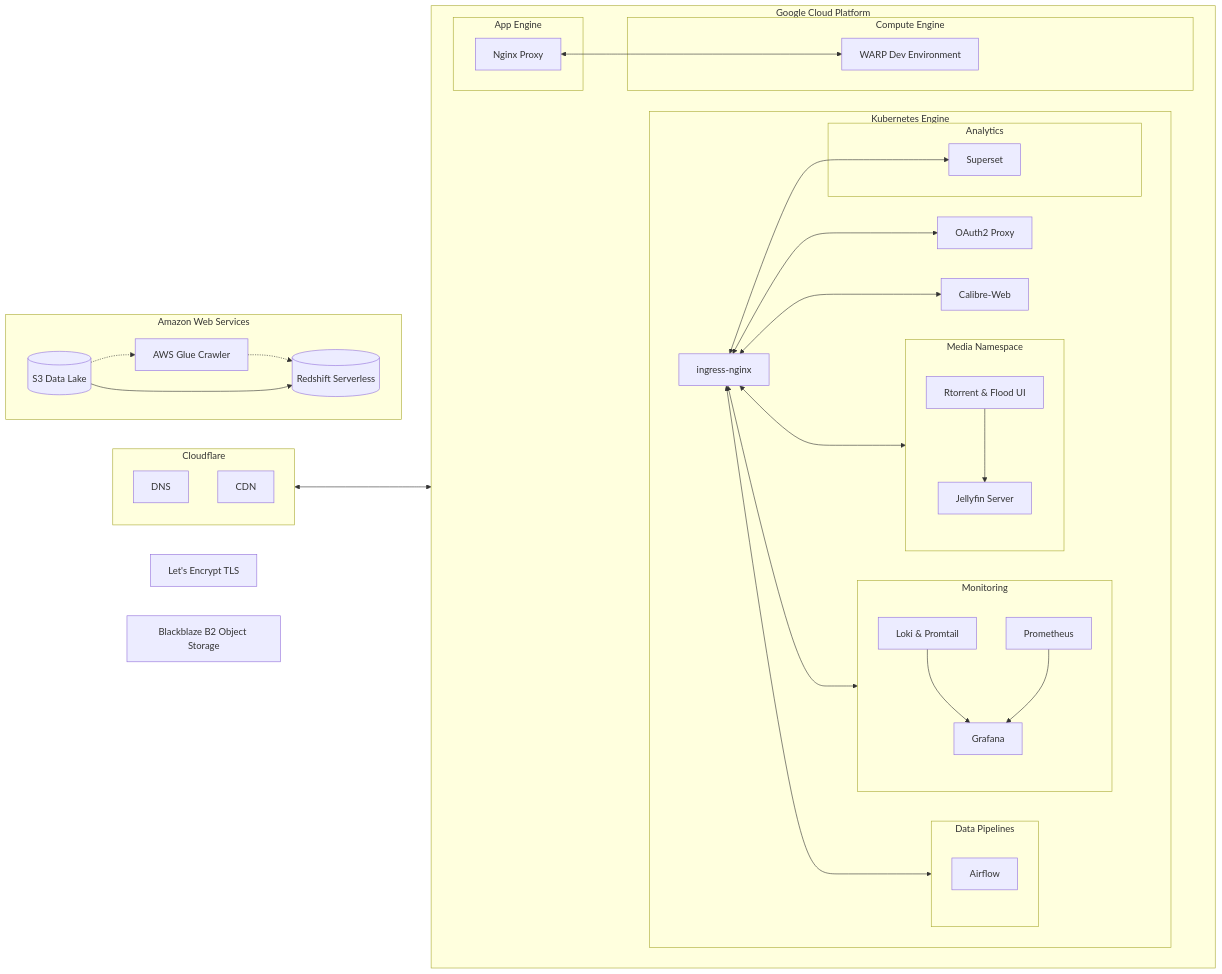
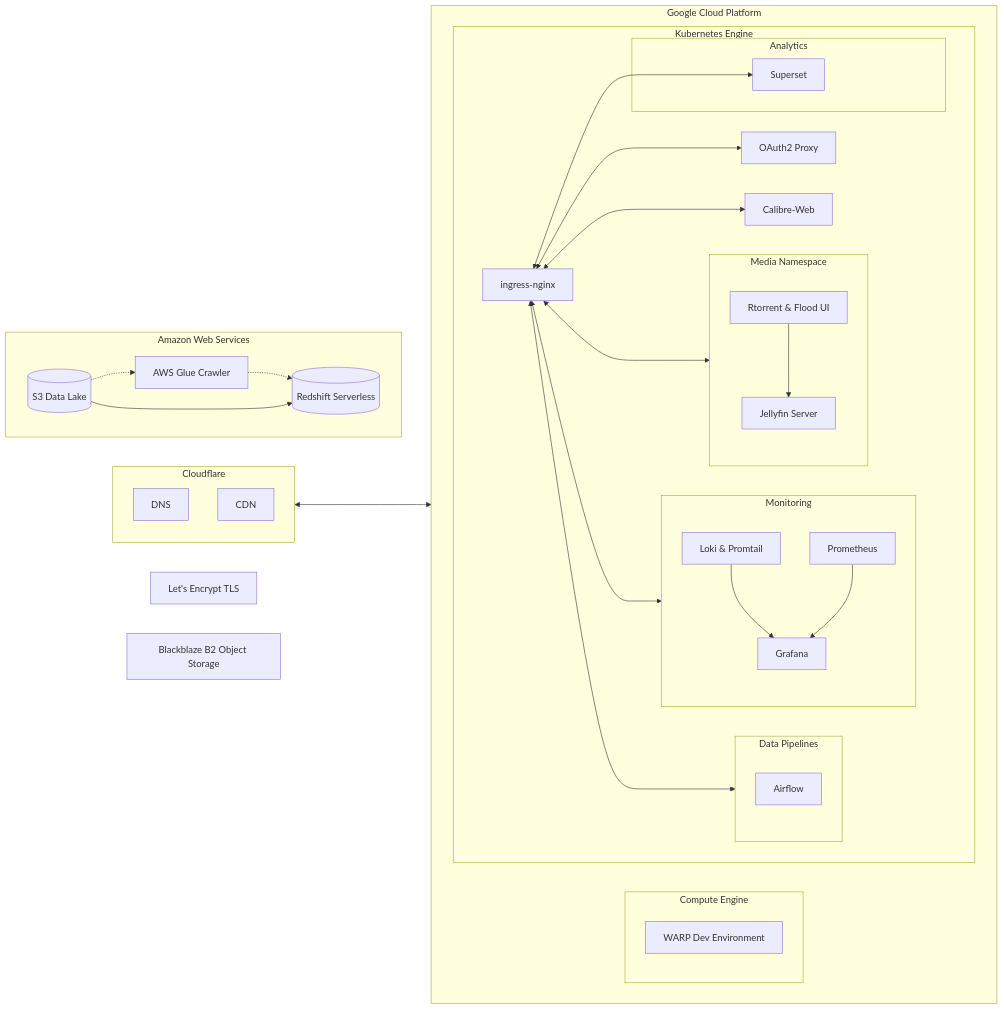
The diagram in README.md (mrzzy/nimbus), drawn with Mermaid before and after one commit. The commit also changed 14 other files, not shown here.

Commit message:
refactor: remove proxy-gae as its no longer used.

````diff
--- a/README.md
+++ b/README.md
@@ -13,51 +13,47 @@
 ```mermaid
 flowchart LR
     tls[Let's Encrypt TLS]
     b2[Blackblaze B2 Object Storage]
 
     subgraph cf[Cloudflare]
         direction TB
         DNS
         CDN
     end
 
     cf[Cloudflare] <--> gcp
 
     subgraph gcp[Google Cloud Platform]
         direction LR
-        subgraph gae[App Engine]
-            proxy[Nginx Proxy]
-        end
         subgraph gce[Compute Engine]
             dev-env[WARP Dev Environment]
         end
-        proxy <--> dev-env
 
         subgraph k8s[Kubernetes Engine]
             direction LR
 
             ingress[ingress-nginx] <--> oauth[OAuth2 Proxy]
             ingress <--> media & monitoring & pipeline & superset & calibre-web[Calibre-Web]
             subgraph media[Media Namespace]
                 torrent[Rtorrent & Flood UI] -->  media-svr[Jellyfin Server]
             end
             subgraph monitoring[Monitoring]
                 log[Loki & Promtail]
                 metrics[Prometheus]
                 log & metrics --> dashboard[Grafana]
             end
             subgraph pipeline[Data Pipelines]
                 airflow[Airflow]
             end
             subgraph analytics[Analytics]
                 superset[Superset]
             end
         end
     end
 
     subgraph aws[Amazon Web Services]
         direction LR
         s3 -.-> glue[AWS Glue Crawler] -.-> redshift
         s3[(S3 Data Lake)] --> redshift[(Redshift Serverless)]
     end
 ```
````
